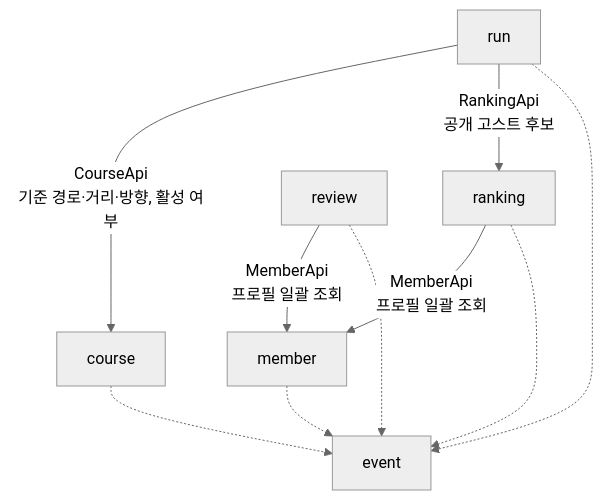
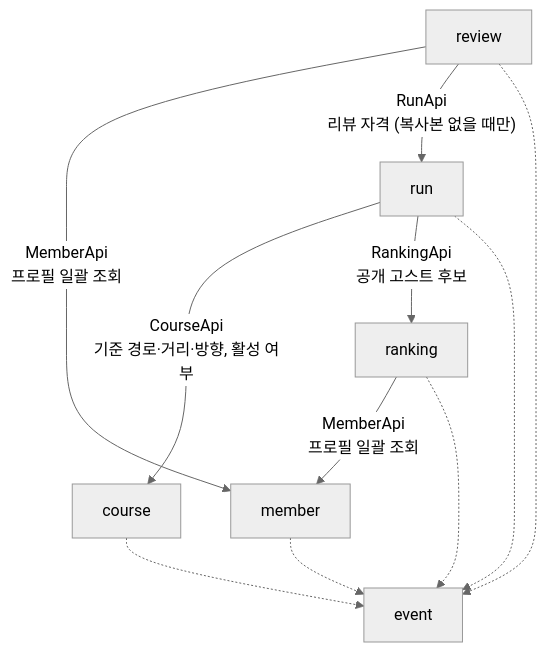
The second of 6 diagrams in 아키텍처.md (SunMoonUniv/WADADAK), drawn with Mermaid (neutral theme) before and after one commit. The commit also changed other lines of this file and 3 other files, not shown here.

````diff
--- a/아키텍처.md
+++ b/아키텍처.md
@@ -77,13 +77,14 @@
 ```mermaid
 flowchart TD
     run -->|"CourseApi<br/>기준 경로·거리·방향, 활성 여부"| course
     run -->|"RankingApi<br/>공개 고스트 후보"| ranking
     ranking -->|"MemberApi<br/>프로필 일괄 조회"| member
     review -->|"MemberApi<br/>프로필 일괄 조회"| member
+    review -->|"RunApi<br/>리뷰 자격 (복사본 없을 때만)"| run
 
     member -.-> event
     course -.-> event
     run -.-> event
     ranking -.-> event
     review -.-> event
 ```
````
